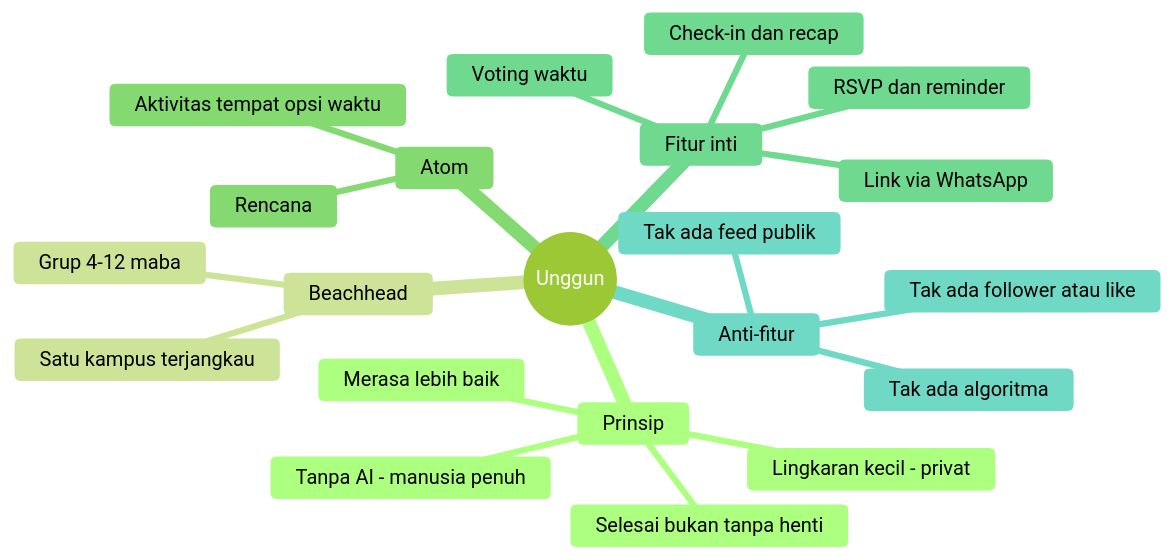
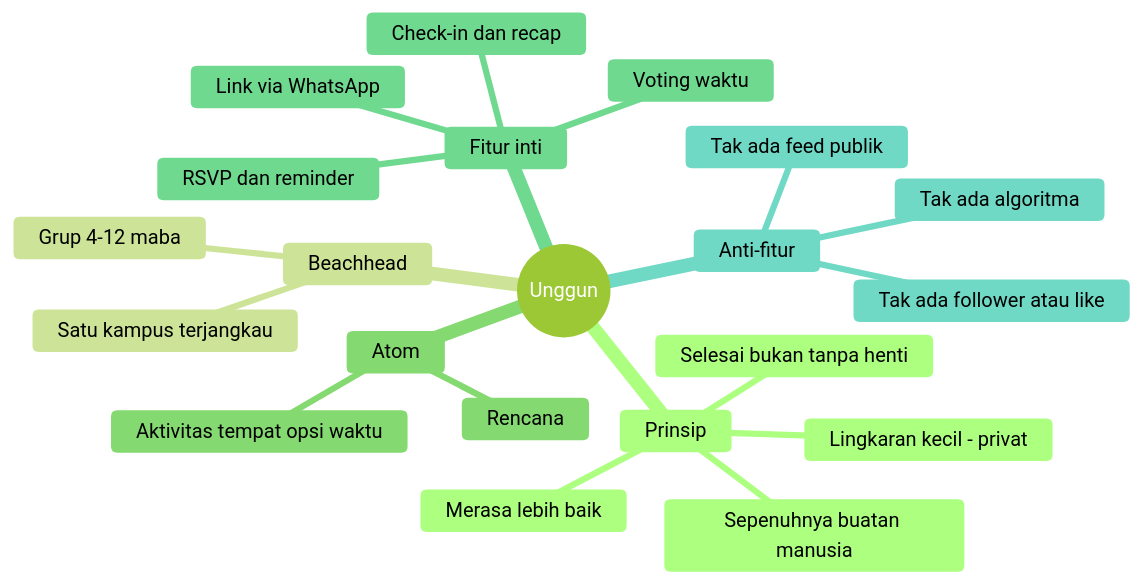
One commit to itsmhp/SocialMedia changed the first of 3 diagrams in concept/README.md. Above: the diagram before and after it, drawn with Mermaid (forest theme). The commit also changed other lines of this file and 16 other files, not shown here.

````diff
--- a/concept/README.md
+++ b/concept/README.md
@@ -26,24 +23,24 @@
 ```mermaid
 mindmap
   root((Unggun))
     Prinsip
-      Tanpa AI - manusia penuh
+      Sepenuhnya buatan manusia
       Lingkaran kecil - privat
       Selesai bukan tanpa henti
       Merasa lebih baik
     Beachhead
       Grup 4-12 maba
       Satu kampus terjangkau
     Atom
       Rencana
       Aktivitas tempat opsi waktu
     Fitur inti
       Link via WhatsApp
       Voting waktu
       RSVP dan reminder
       Check-in dan recap
     Anti-fitur
       Tak ada feed publik
       Tak ada follower atau like
       Tak ada algoritma
 ```
````
